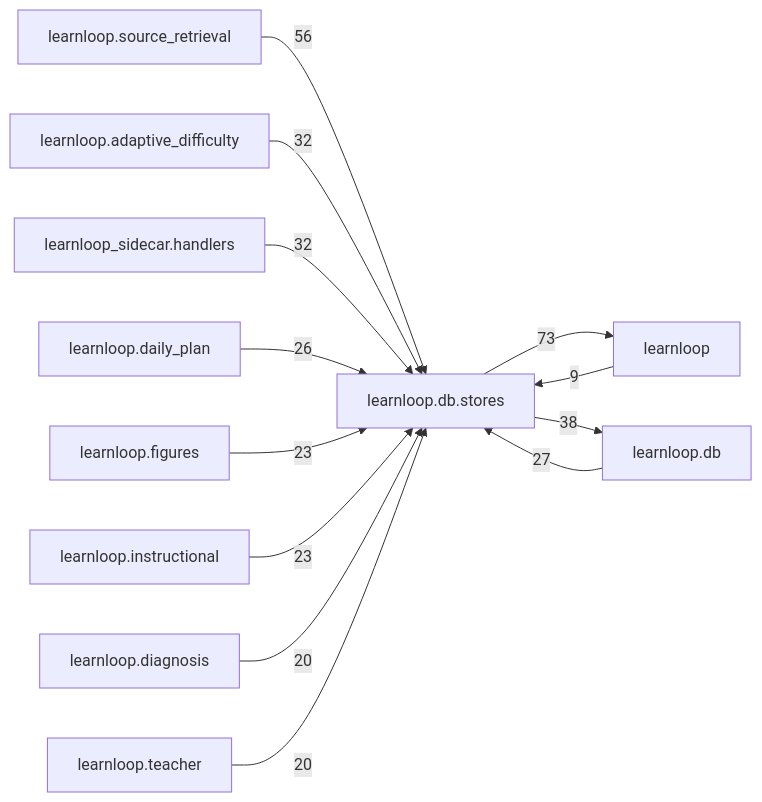
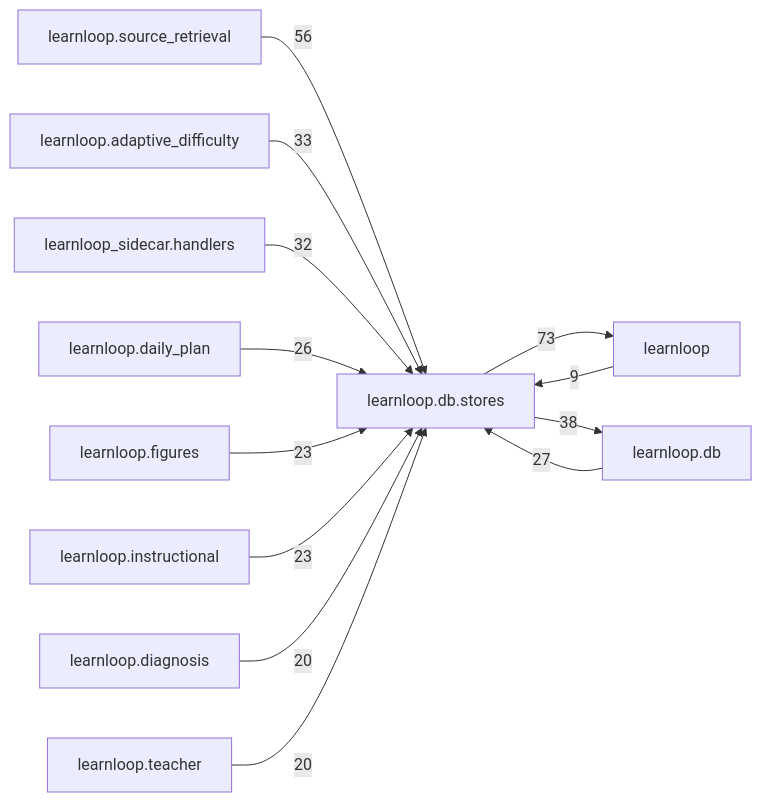
The diagram in docs/learnloop-architecture-vault/Reference/Modules/learnloop/db/stores/_package.md (6up-b/learnanything), drawn with Mermaid before and after one commit. The commit also changed other lines of this file and 37 other files, not shown here.

````diff
--- a/docs/learnloop-architecture-vault/Reference/Modules/learnloop/db/stores/_package.md
+++ b/docs/learnloop-architecture-vault/Reference/Modules/learnloop/db/stores/_package.md
@@ -286,26 +286,26 @@
 ```mermaid
 flowchart LR
     center["learnloop.db.stores"]
     n_learnloop["learnloop"]
     n_learnloop_db["learnloop.db"]
     n_learnloop_source_retrieval["learnloop.source_retrieval"]
     n_learnloop_adaptive_difficulty["learnloop.adaptive_difficulty"]
     n_learnloop_sidecar_handlers["learnloop_sidecar.handlers"]
     n_learnloop_daily_plan["learnloop.daily_plan"]
     n_learnloop_figures["learnloop.figures"]
     n_learnloop_instructional["learnloop.instructional"]
     n_learnloop_diagnosis["learnloop.diagnosis"]
     n_learnloop_teacher["learnloop.teacher"]
     n_learnloop -->|9| center
     center -->|73| n_learnloop
     n_learnloop_db -->|27| center
     center -->|38| n_learnloop_db
     n_learnloop_source_retrieval -->|56| center
-    n_learnloop_adaptive_difficulty -->|32| center
+    n_learnloop_adaptive_difficulty -->|33| center
     n_learnloop_sidecar_handlers -->|32| center
     n_learnloop_daily_plan -->|26| center
     n_learnloop_figures -->|23| center
     n_learnloop_instructional -->|23| center
     n_learnloop_diagnosis -->|20| center
     n_learnloop_teacher -->|20| center
 ```
````
